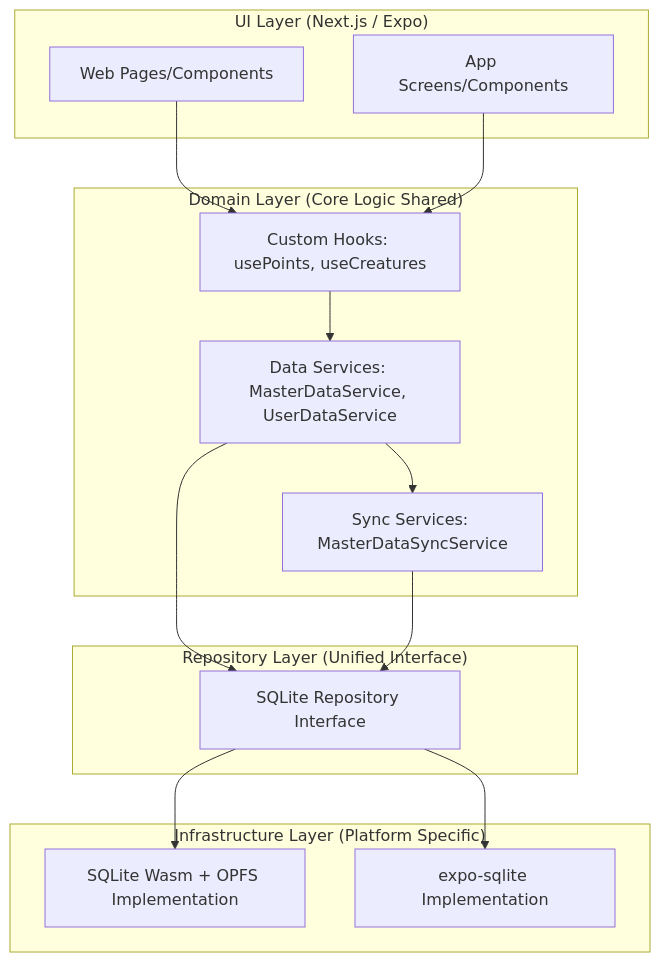
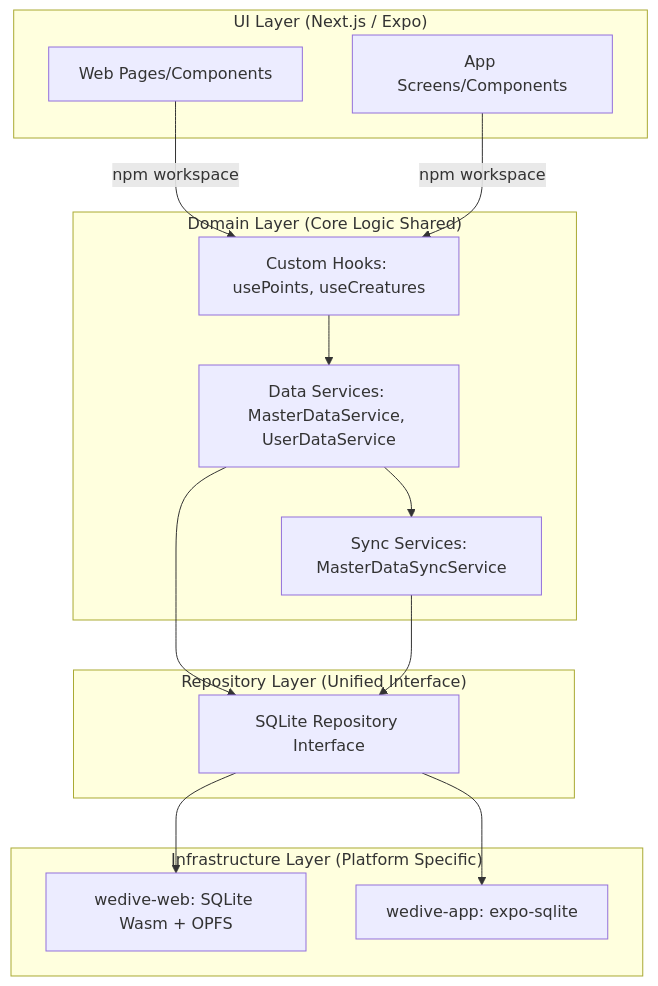
Before and after one commit to cloud-solutions-ttakeuchi/wedive: the first of 5 diagrams in .agent/issue-116/06_web_local_first_design.md, drawn with Mermaid. The commit also changed other lines of this file, not shown here.

````diff
--- a/.agent/issue-116/06_web_local_first_design.md
+++ b/.agent/issue-116/06_web_local_first_design.md
@@ -11,32 +11,32 @@
 ```mermaid
 graph TD
     subgraph "UI Layer (Next.js / Expo)"
         Web_UI[Web Pages/Components]
         App_UI[App Screens/Components]
     end
 
     subgraph "Domain Layer (Core Logic Shared)"
         Hooks[Custom Hooks: usePoints, useCreatures]
         DataService[Data Services: MasterDataService, UserDataService]
         SyncService[Sync Services: MasterDataSyncService]
     end
 
     subgraph "Repository Layer (Unified Interface)"
         SQLite_Repo[SQLite Repository Interface]
     end
 
     subgraph "Infrastructure Layer (Platform Specific)"
-        Wasm_SQLite[SQLite Wasm + OPFS Implementation]
-        Expo_SQLite[expo-sqlite Implementation]
+        Wasm_SQLite[wedive-web: SQLite Wasm + OPFS]
+        Expo_SQLite[wedive-app: expo-sqlite]
     end
 
-    Web_UI --> Hooks
-    App_UI --> Hooks
+    Web_UI -->|npm workspace| Hooks
+    App_UI -->|npm workspace| Hooks
     Hooks --> DataService
     DataService --> SyncService
     DataService --> SQLite_Repo
     SyncService --> SQLite_Repo
 
     SQLite_Repo --> Wasm_SQLite
     SQLite_Repo --> Expo_SQLite
 ```
````
